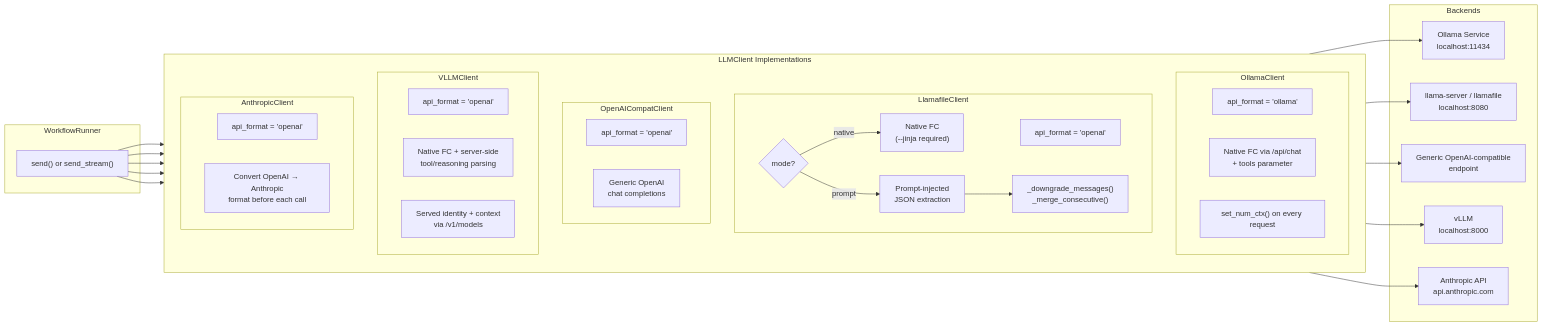
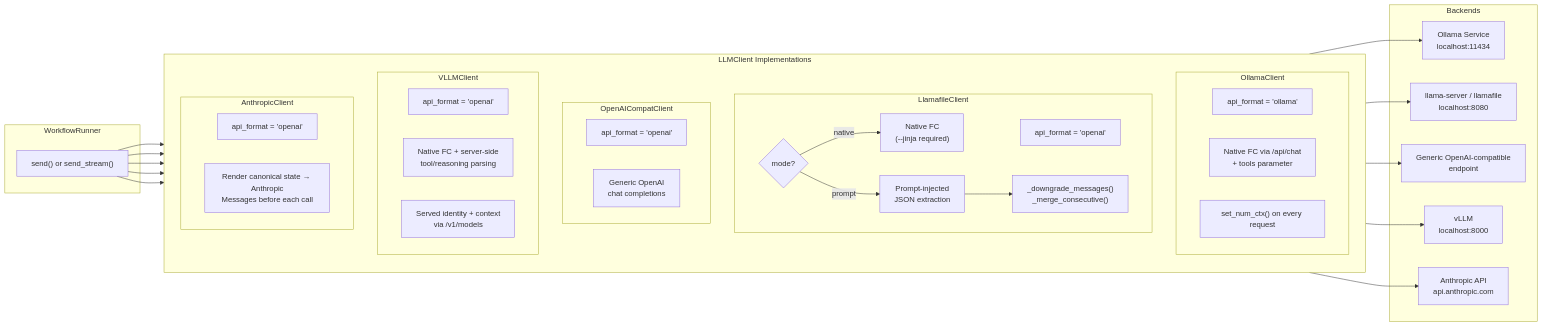
Before and after one commit to antoinezambelli/forge: the fourth of 7 diagrams in docs/WORKFLOW.md, drawn with Mermaid. The commit also changed other lines of this file and 7 other files, not shown here.

````diff
--- a/docs/WORKFLOW.md
+++ b/docs/WORKFLOW.md
@@ -175,57 +175,57 @@
 ```mermaid
 flowchart LR
     subgraph Runner["WorkflowRunner"]
         SEND_CALL["send() or send_stream()"]
     end
 
     subgraph Clients["LLMClient Implementations"]
         direction TB
 
         subgraph OL["OllamaClient"]
             OL_API["api_format = 'ollama'"]
             OL_NATIVE["Native FC via /api/chat<br/>+ tools parameter"]
             OL_CTX["set_num_ctx() on every request"]
         end
 
         subgraph LF["LlamafileClient"]
             LF_API["api_format = 'openai'"]
             LF_MODE{"mode?"}
             LF_NATIVE["Native FC<br/>(--jinja required)"]
             LF_PROMPT["Prompt-injected<br/>JSON extraction"]
             LF_DOWN["_downgrade_messages()<br/>_merge_consecutive()"]
             LF_MODE -- "native" --> LF_NATIVE
             LF_MODE -- "prompt" --> LF_PROMPT
             LF_PROMPT --> LF_DOWN
         end
 
         subgraph OAI["OpenAICompatClient"]
             OAI_API["api_format = 'openai'"]
             OAI_NATIVE["Generic OpenAI<br/>chat completions"]
         end
 
         subgraph VL["VLLMClient"]
             VL_API["api_format = 'openai'"]
             VL_NATIVE["Native FC + server-side<br/>tool/reasoning parsing"]
             VL_ID["Served identity + context<br/>via /v1/models"]
         end
 
         subgraph AN["AnthropicClient"]
             AN_API["api_format = 'openai'"]
-            AN_CONV["Convert OpenAI → Anthropic<br/>format before each call"]
+            AN_CONV["Render canonical state → Anthropic<br/>Messages before each call"]
         end
     end
 
     subgraph Backends["Backends"]
         OLLAMA_SVC["Ollama Service<br/>localhost:11434"]
         LLAMA_SRV["llama-server / llamafile<br/>localhost:8080"]
         OPENAI_SVC["Generic OpenAI-compatible<br/>endpoint"]
         VLLM_SVC["vLLM<br/>localhost:8000"]
         ANTHROPIC["Anthropic API<br/>api.anthropic.com"]
     end
 
     SEND_CALL --> OL --> OLLAMA_SVC
     SEND_CALL --> LF --> LLAMA_SRV
     SEND_CALL --> OAI --> OPENAI_SVC
     SEND_CALL --> VL --> VLLM_SVC
     SEND_CALL --> AN --> ANTHROPIC
 ```
````
